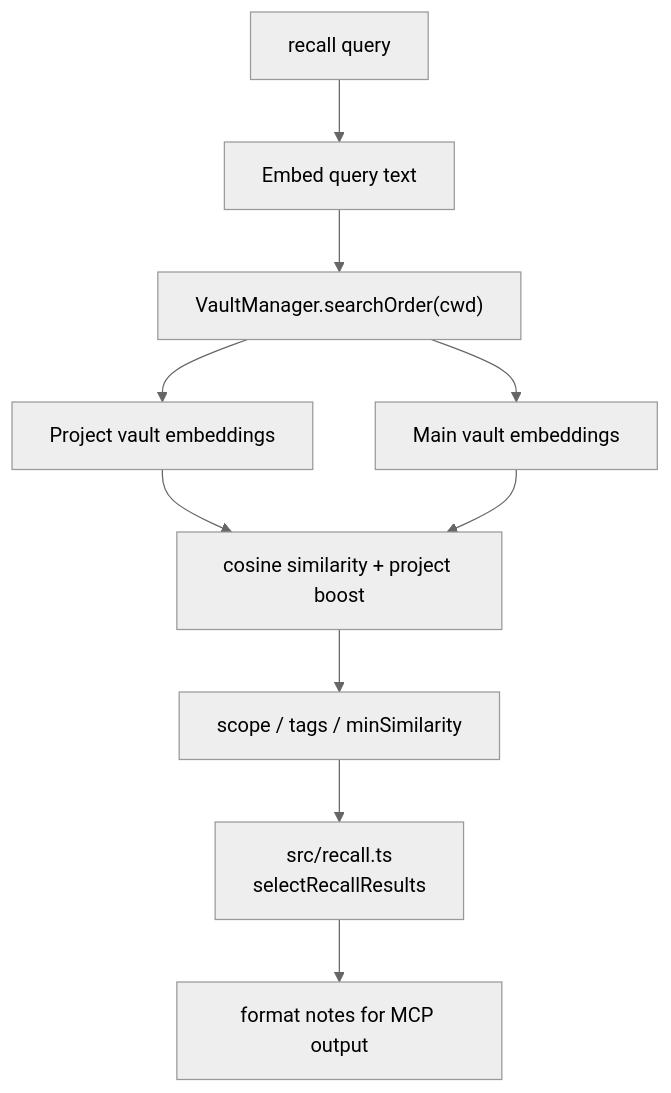
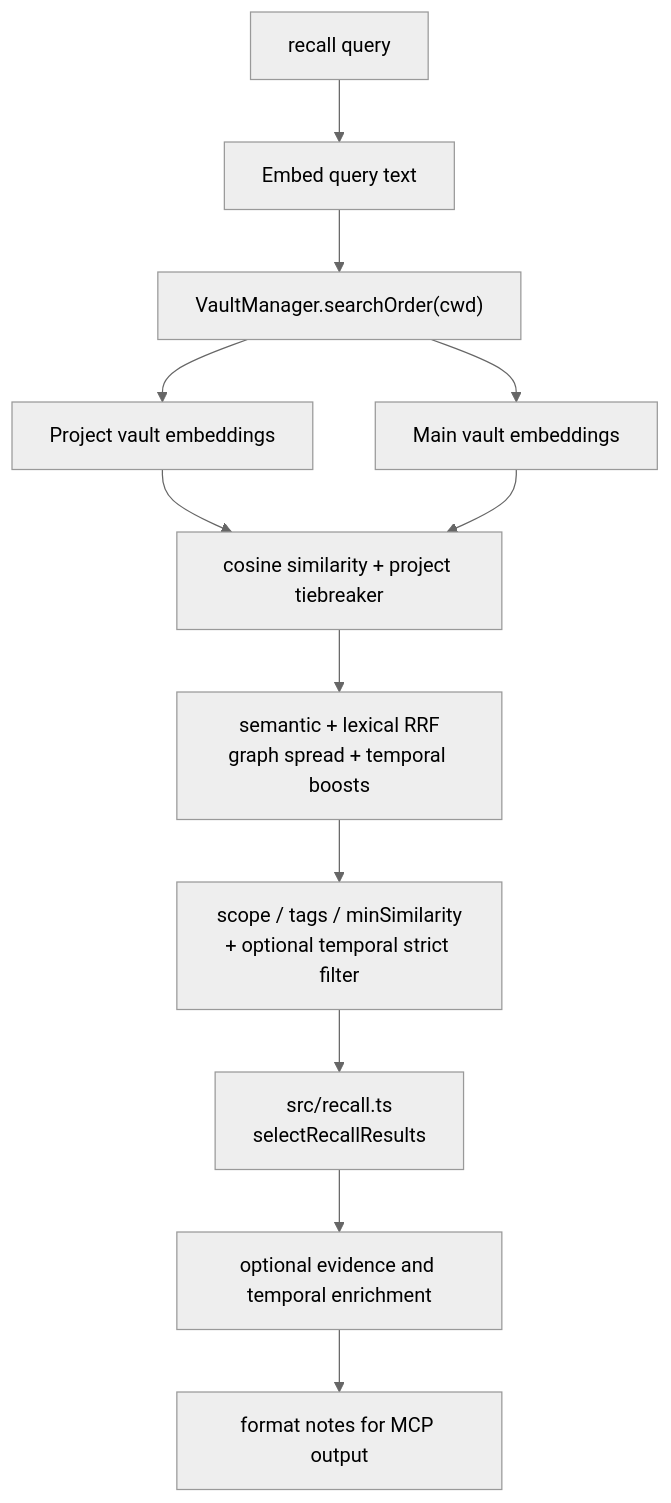
One commit to danielmarbach/mnemonic changed the third of 3 diagrams in ARCHITECTURE.md. Above: the diagram before and after it, drawn with Mermaid (neutral theme). The commit also changed other lines of this file and 38 other files, not shown here.

````diff
--- a/ARCHITECTURE.md
+++ b/ARCHITECTURE.md
@@ -104,12 +106,14 @@
 ```mermaid
 flowchart TD
     Query[recall query] --> Embed[Embed query text]
     Embed --> Search[VaultManager.searchOrder#40;cwd#41;]
     Search --> ProjectEmbeddings[Project vault embeddings]
     Search --> MainEmbeddings[Main vault embeddings]
-    ProjectEmbeddings --> Score[cosine similarity + project boost]
+    ProjectEmbeddings --> Score[cosine similarity + project tiebreaker]
     MainEmbeddings --> Score
-    Score --> Filter[scope / tags / minSimilarity]
+    Score --> Rank[semantic + lexical RRF\ngraph spread + temporal boosts]
+    Rank --> Filter[scope / tags / minSimilarity\n+ optional temporal strict filter]
     Filter --> Select[src/recall.ts\nselectRecallResults]
-    Select --> Format[format notes for MCP output]
+    Select --> Enrich[optional evidence and temporal enrichment]
+    Enrich --> Format[format notes for MCP output]
 ```
````
